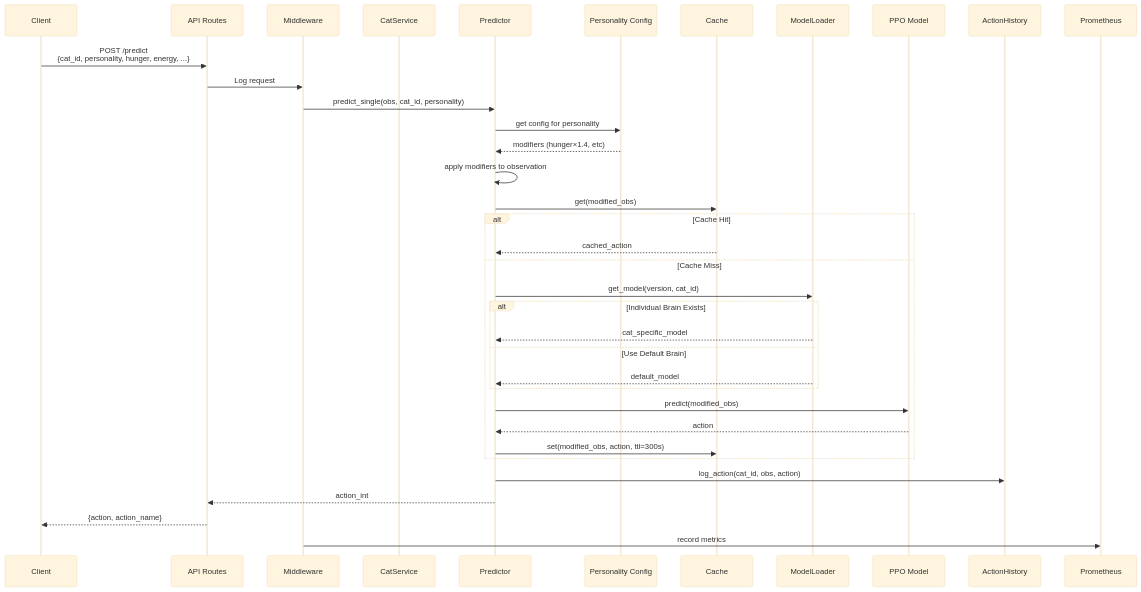
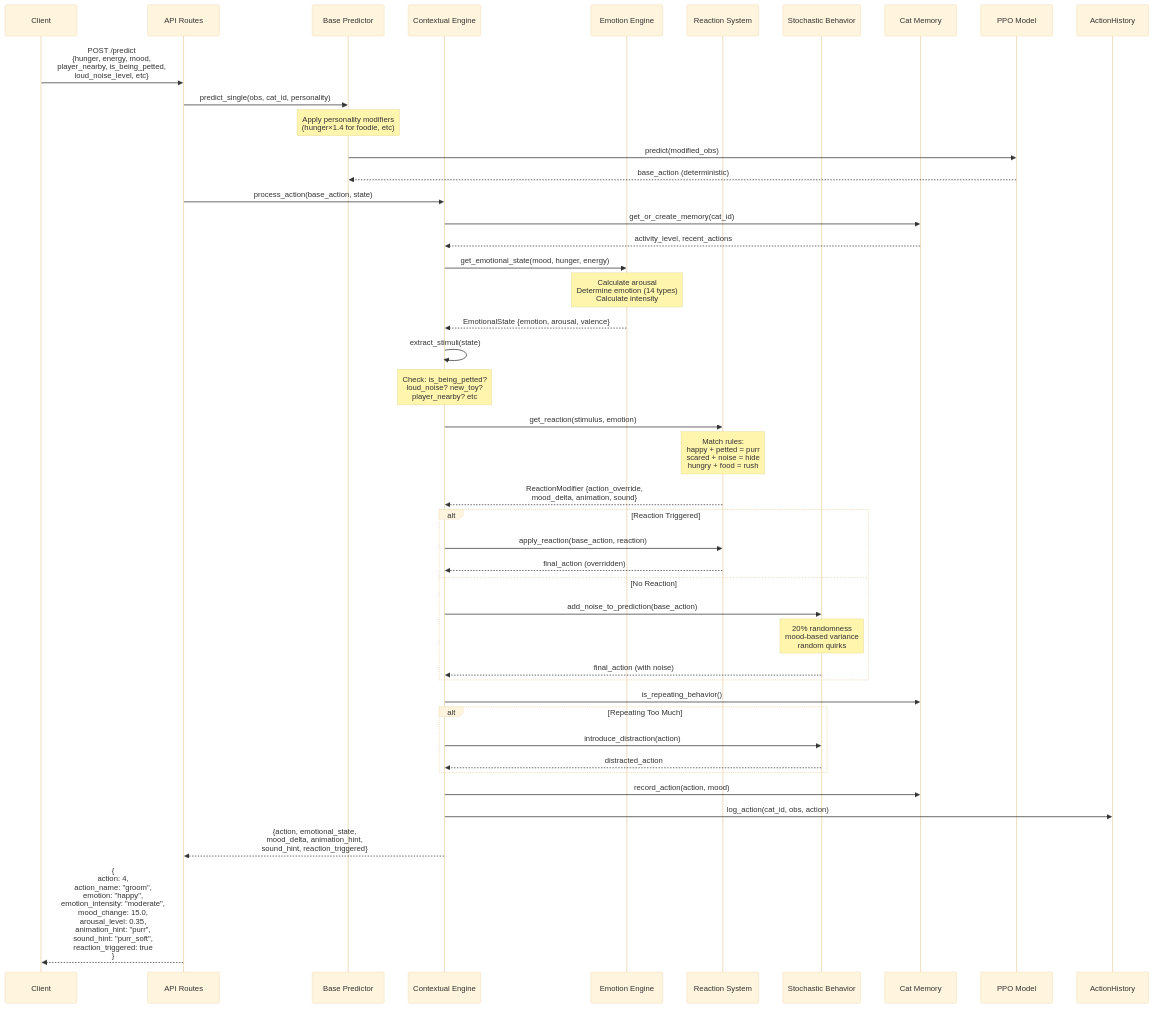
Before and after one commit to tantaneity/cat-brain-service: the second of 7 diagrams in README.md, drawn with Mermaid (base theme). The commit also changed other lines of this file and 29 other files, not shown here.

Commit message:
feat: add living cat system with emotions and reactions

````diff
--- a/README.md
+++ b/README.md
@@ -73,44 +98,59 @@
 ```mermaid
 sequenceDiagram
     participant Client
     participant Routes as API Routes
-    participant Middleware
-    participant CatService
-    participant Predictor
-    participant PersonalityMod as Personality Config
-    participant Cache
-    participant ModelLoader
+    participant Predictor as Base Predictor
+    participant ContextEngine as Contextual Engine
+    participant Emotions as Emotion Engine
+    participant Reactions as Reaction System
+    participant Behavior as Stochastic Behavior
+    participant Memory as Cat Memory
     participant Model as PPO Model
     participant History as ActionHistory
     
-    Client->>Routes: POST /predict<br/>{cat_id, personality, hunger, energy, ...}
-    Routes->>Middleware: Log request
-    Middleware->>Predictor: predict_single(obs, cat_id, personality)
+    Client->>Routes: POST /predict<br/>{hunger, energy, mood,<br/>player_nearby, is_being_petted,<br/>loud_noise_level, etc}
     
-    Predictor->>PersonalityMod: get config for personality
-    PersonalityMod-->>Predictor: modifiers (hunger×1.4, etc)
-    Predictor->>Predictor: apply modifiers to observation
+    Routes->>Predictor: predict_single(obs, cat_id, personality)
+    Note over Predictor: Apply personality modifiers<br/>(hunger×1.4 for foodie, etc)
     
-    Predictor->>Cache: get(modified_obs)
+    Predictor->>Model: predict(modified_obs)
+    Model-->>Predictor: base_action (deterministic)
     
-    alt Cache Hit
-        Cache-->>Predictor: cached_action
-    else Cache Miss
-        Predictor->>ModelLoader: get_model(version, cat_id)
-        
-        alt Individual Brain Exists
-            ModelLoader-->>Predictor: cat_specific_model
-        else Use Default Brain
-            ModelLoader-->>Predictor: default_model
-        end
-        
-        Predictor->>Model: predict(modified_obs)
-        Model-->>Predictor: action
-        Predictor->>Cache: set(modified_obs, action, ttl=300s)
+    Routes->>ContextEngine: process_action(base_action, state)
+    
+    ContextEngine->>Memory: get_or_create_memory(cat_id)
+    Memory-->>ContextEngine: activity_level, recent_actions
+    
+    ContextEngine->>Emotions: get_emotional_state(mood, hunger, energy)
+    Note over Emotions: Calculate arousal<br/>Determine emotion (14 types)<br/>Calculate intensity
+    Emotions-->>ContextEngine: EmotionalState {emotion, arousal, valence}
+    
+    ContextEngine->>ContextEngine: extract_stimuli(state)
+    Note over ContextEngine: Check: is_being_petted?<br/>loud_noise? new_toy?<br/>player_nearby? etc
+    
+    ContextEngine->>Reactions: get_reaction(stimulus, emotion)
+    Note over Reactions: Match rules:<br/>happy + petted = purr<br/>scared + noise = hide<br/>hungry + food = rush
+    Reactions-->>ContextEngine: ReactionModifier {action_override,<br/>mood_delta, animation, sound}
+    
+    alt Reaction Triggered
+        ContextEngine->>Reactions: apply_reaction(base_action, reaction)
+        Reactions-->>ContextEngine: final_action (overridden)
+    else No Reaction
+        ContextEngine->>Behavior: add_noise_to_prediction(base_action)
+        Note over Behavior: 20% randomness<br/>mood-based variance<br/>random quirks
+        Behavior-->>ContextEngine: final_action (with noise)
     end
     
-    Predictor->>History: log_action(cat_id, obs, action)
-    Predictor-->>Routes: action_int
-    Routes-->>Client: {action, action_name}
-    Middleware->>Prometheus: record metrics
+    ContextEngine->>Memory: is_repeating_behavior()
+    alt Repeating Too Much
+        ContextEngine->>Behavior: introduce_distraction(action)
+        Behavior-->>ContextEngine: distracted_action
+    end
+    
+    ContextEngine->>Memory: record_action(action, mood)
+    ContextEngine->>History: log_action(cat_id, obs, action)
+    
+    ContextEngine-->>Routes: {action, emotional_state,<br/>mood_delta, animation_hint,<br/>sound_hint, reaction_triggered}
+    
+    Routes-->>Client: {<br/>  action: 4,<br/>  action_name: "groom",<br/>  emotion: "happy",<br/>  emotion_intensity: "moderate",<br/>  mood_change: 15.0,<br/>  arousal_level: 0.35,<br/>  animation_hint: "purr",<br/>  sound_hint: "purr_soft",<br/>  reaction_triggered: true<br/>}
 ```
````
